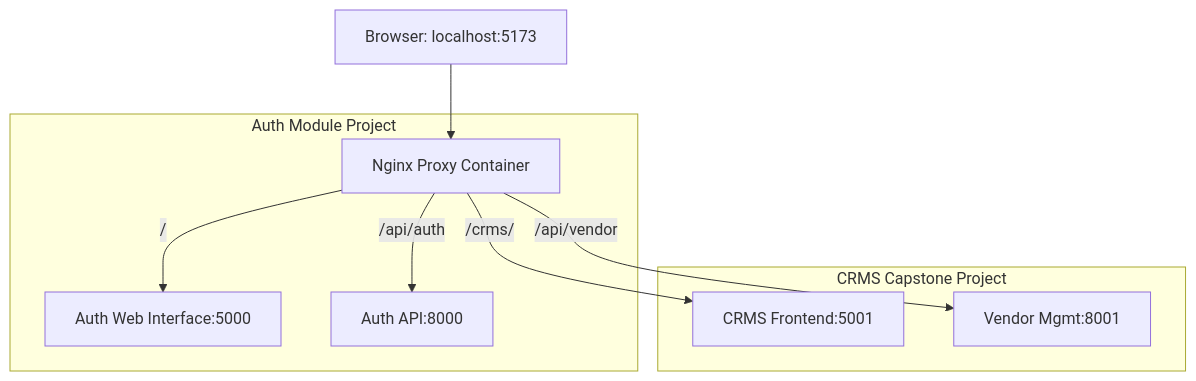
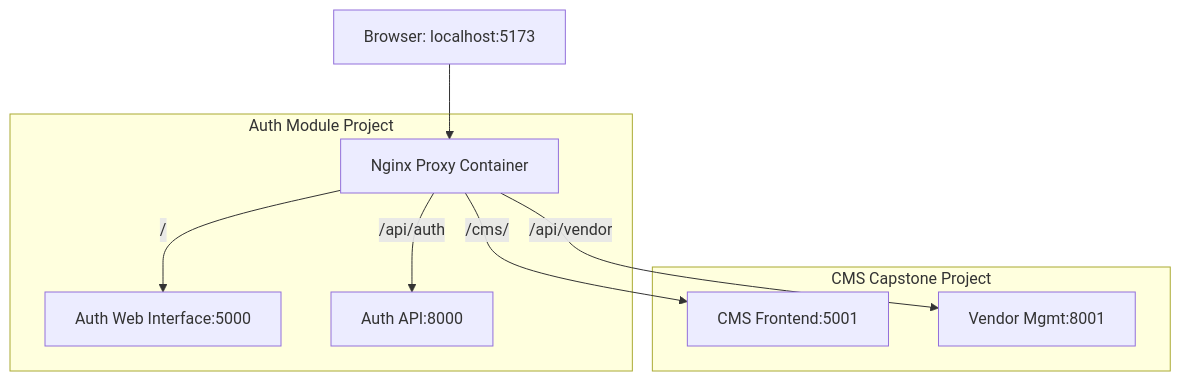
One commit to ejay-detera/CRMS-Capstone changed the diagram in SHARED_GATEWAY.md. Above: the diagram before and after it, drawn with Mermaid. The commit also changed other lines of this file and 64 other files, not shown here.

````diff
--- a/SHARED_GATEWAY.md
+++ b/SHARED_GATEWAY.md
@@ -14,14 +14,14 @@
 ```mermaid
 graph TD
     Client[Browser: localhost:5173] --> Nginx[Nginx Proxy Container]
     
     subgraph "Auth Module Project"
         Nginx -- "/" --> WebUI[Auth Web Interface:5000]
         Nginx -- "/api/auth" --> AuthService[Auth API:8000]
     end
     
-    subgraph "CRMS Capstone Project"
-        Nginx -- "/crms/" --> CRMSWeb[CRMS Frontend:5001]
+    subgraph "CMS Capstone Project"
+        Nginx -- "/cms/" --> CMSWeb[CMS Frontend:5001]
         Nginx -- "/api/vendor" --> VendorService[Vendor Mgmt:8001]
     end
 ```
````
